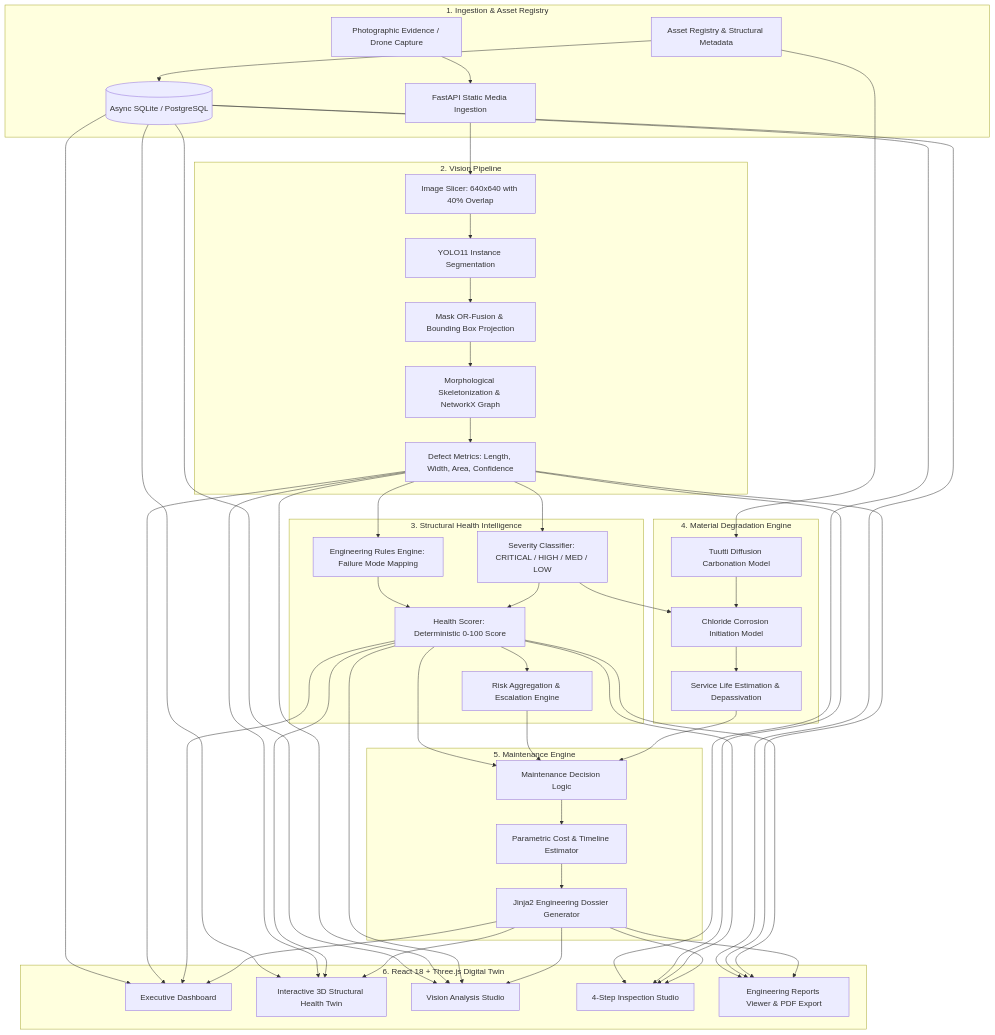
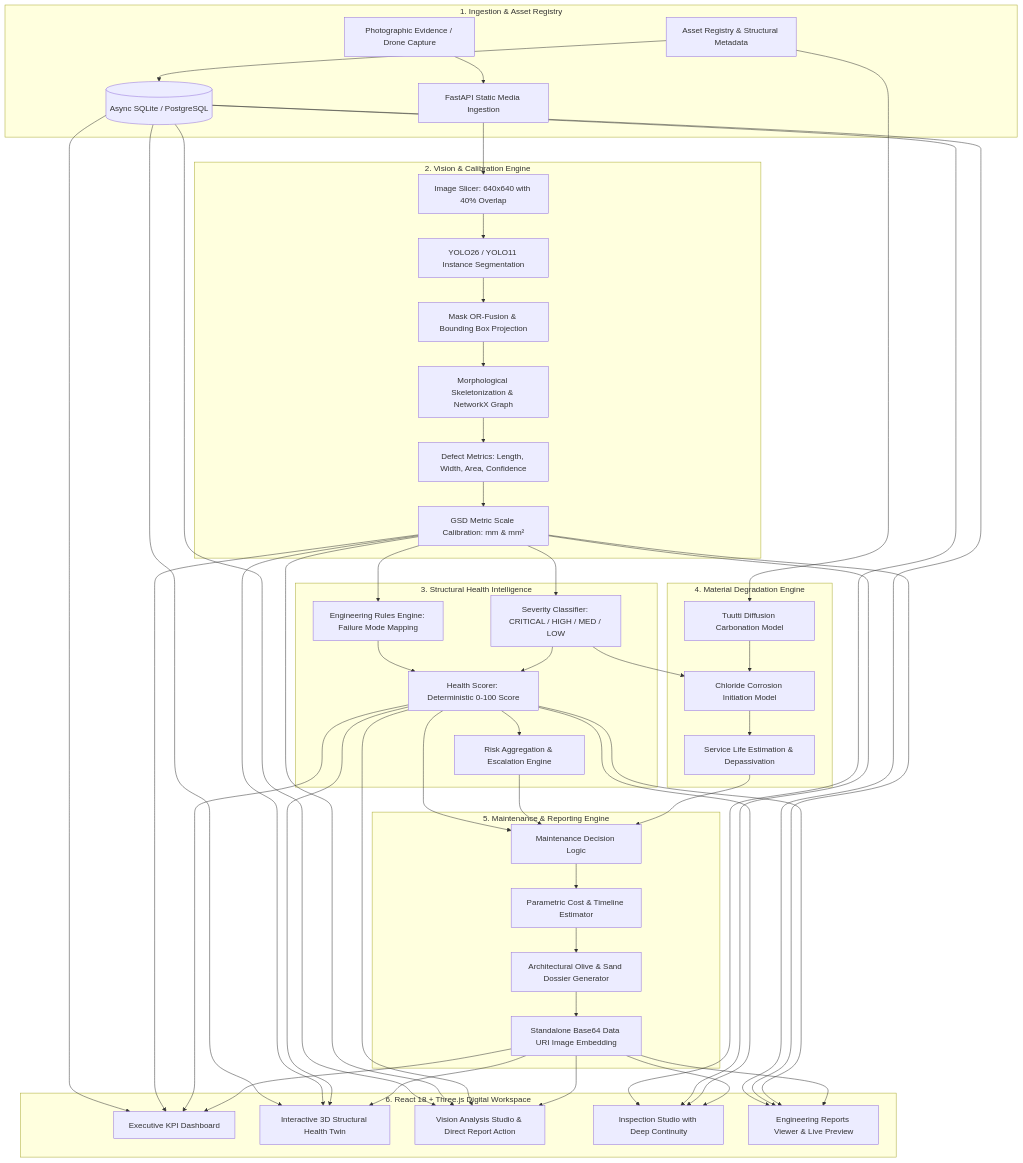
Before and after one commit to fardh3en/SHM---AI-: the diagram in README.md, drawn with Mermaid. The commit also changed other lines of this file and 3 other files, not shown here.

Commit message:
docs: update README with engineering report workflow and vision calibration

````diff
--- a/README.md
+++ b/README.md
@@ -71,42 +74,44 @@
 ```mermaid
 flowchart TD
     subgraph INGESTION ["1. Ingestion & Asset Registry"]
         A[Photographic Evidence / Drone Capture] --> B[FastAPI Static Media Ingestion]
         C[Asset Registry & Structural Metadata] --> D[(Async SQLite / PostgreSQL)]
     end
 
-    subgraph VISION ["2. Vision Pipeline"]
+    subgraph VISION ["2. Vision & Calibration Engine"]
         B --> E[Image Slicer: 640x640 with 40% Overlap]
-        E --> F[YOLO11 Instance Segmentation]
+        E --> F[YOLO26 / YOLO11 Instance Segmentation]
         F --> G[Mask OR-Fusion & Bounding Box Projection]
         G --> H[Morphological Skeletonization & NetworkX Graph]
         H --> I[Defect Metrics: Length, Width, Area, Confidence]
+        I --> I2[GSD Metric Scale Calibration: mm & mm²]
     end
 
     subgraph INTELLIGENCE ["3. Structural Health Intelligence"]
-        I --> J[Engineering Rules Engine: Failure Mode Mapping]
-        I --> K[Severity Classifier: CRITICAL / HIGH / MED / LOW]
+        I2 --> J[Engineering Rules Engine: Failure Mode Mapping]
+        I2 --> K[Severity Classifier: CRITICAL / HIGH / MED / LOW]
         J & K --> L[Health Scorer: Deterministic 0-100 Score]
         L --> M[Risk Aggregation & Escalation Engine]
     end
 
     subgraph DEGRADATION ["4. Material Degradation Engine"]
         C --> N[Tuutti Diffusion Carbonation Model]
         K & N --> O[Chloride Corrosion Initiation Model]
         O --> P[Service Life Estimation & Depassivation]
     end
 
-    subgraph RECOMMENDATION ["5. Maintenance Engine"]
+    subgraph RECOMMENDATION ["5. Maintenance & Reporting Engine"]
         L & M & P --> Q[Maintenance Decision Logic]
         Q --> R[Parametric Cost & Timeline Estimator]
-        R --> S[Jinja2 Engineering Dossier Generator]
+        R --> S[Architectural Olive & Sand Dossier Generator]
+        S --> S2[Standalone Base64 Data URI Image Embedding]
     end
 
-    subgraph PRESENTATION ["6. React 18 + Three.js Digital Twin"]
-        D & I & L & S --> T[Executive Dashboard]
-        D & I & L & S --> U[Interactive 3D Structural Health Twin]
-        D & I & L & S --> V[Vision Analysis Studio]
-        D & I & L & S --> W[4-Step Inspection Studio]
-        D & I & L & S --> X[Engineering Reports Viewer & PDF Export]
+    subgraph PRESENTATION ["6. React 18 + Three.js Digital Workspace"]
+        D & I2 & L & S2 --> T[Executive KPI Dashboard]
+        D & I2 & L & S2 --> U[Interactive 3D Structural Health Twin]
+        D & I2 & L & S2 --> V[Vision Analysis Studio & Direct Report Action]
+        D & I2 & L & S2 --> W[Inspection Studio with Deep Continuity]
+        D & I2 & L & S2 --> X[Engineering Reports Viewer & Live Preview]
     end
 ```
````
